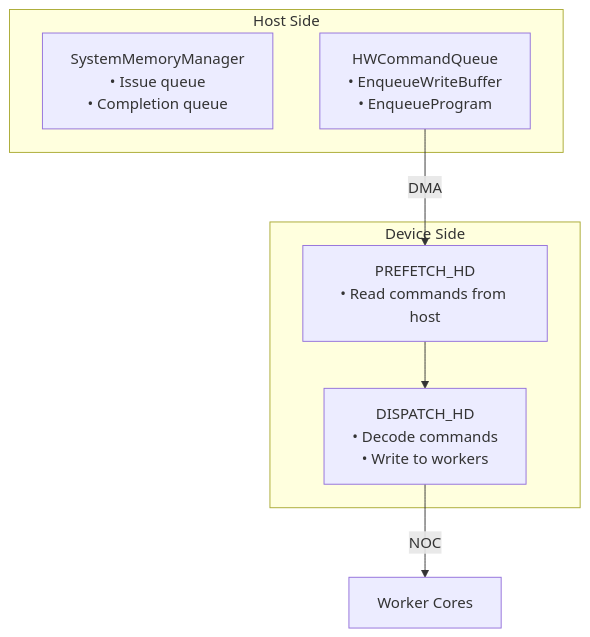
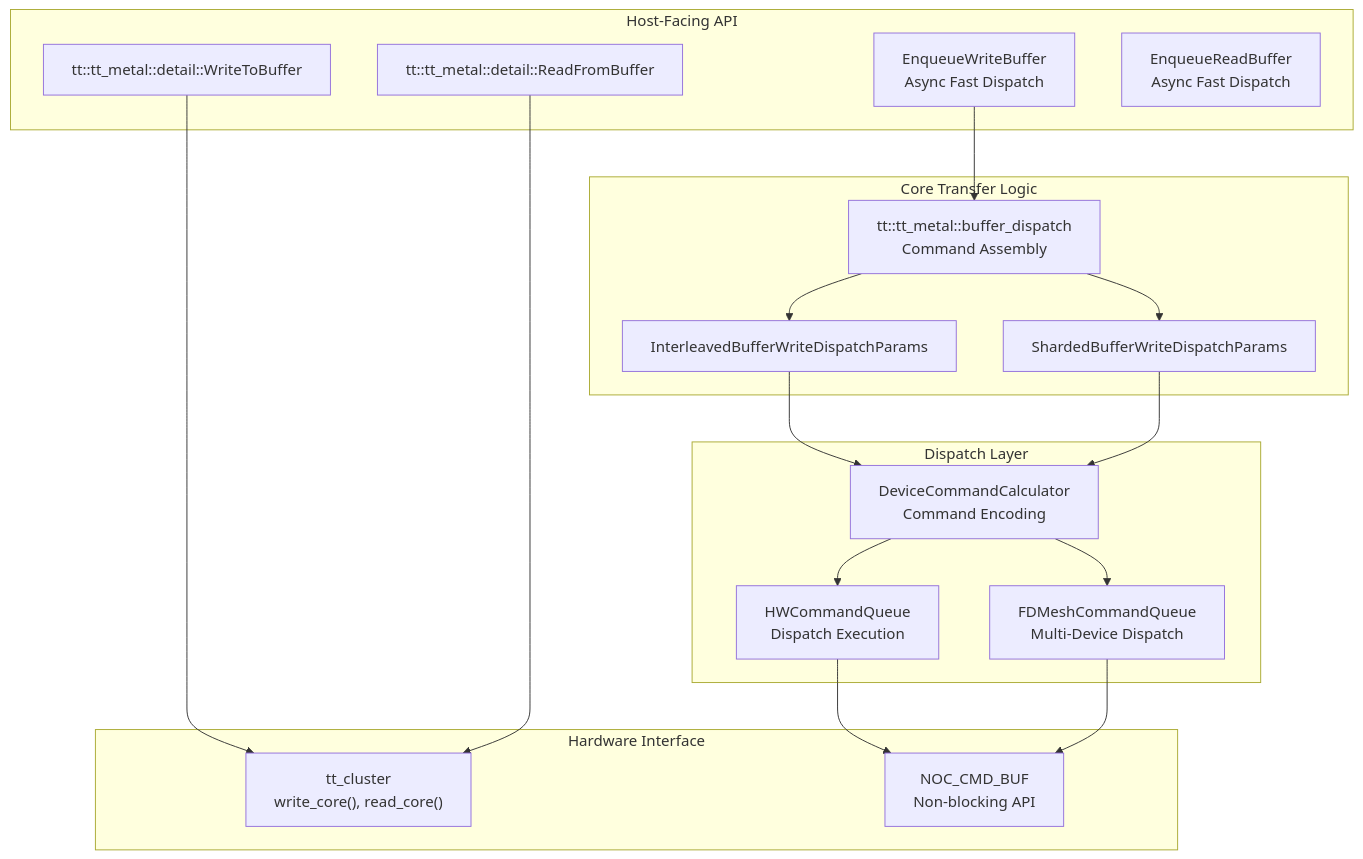
Before and after one commit to HuangJunjie-PhD/TT-Metal-Analysis: the third of 3 diagrams in docs/tt-metal/2-core-runtime-system-(tt-metalium).md, drawn with Mermaid. The commit also changed other lines of this file and 48 other files, not shown here.

First line of the commit message:
Complete diagram embedding: 100% coverage across all 54 files

````diff
--- a/docs/tt-metal/2-core-runtime-system-(tt-metalium).md
+++ b/docs/tt-metal/2-core-runtime-system-(tt-metalium).md
@@ -211,16 +252,39 @@
 ```mermaid
 graph TB
-    subgraph "Host Side"
-        SysMem["SystemMemoryManager<br/>• Issue queue<br/>• Completion queue"]
-        HWCmdQ["HWCommandQueue<br/>• EnqueueWriteBuffer<br/>• EnqueueProgram"]
+    subgraph "Host-Facing API"
+        WriteToBuffer["tt::tt_metal::detail::WriteToBuffer"]
+        ReadFromBuffer["tt::tt_metal::detail::ReadFromBuffer"]
+        EnqueueWrite["EnqueueWriteBuffer<br/>Async Fast Dispatch"]
+        EnqueueRead["EnqueueReadBuffer<br/>Async Fast Dispatch"]
     end
     
-    subgraph "Device Side"
-        Prefetch["PREFETCH_HD<br/>• Read commands from host"]
-        Dispatch["DISPATCH_HD<br/>• Decode commands<br/>• Write to workers"]
+    subgraph "Core Transfer Logic"
+        BufferDispatch["tt::tt_metal::buffer_dispatch<br/>Command Assembly"]
+        InterleavedParams["InterleavedBufferWriteDispatchParams"]
+        ShardedParams["ShardedBufferWriteDispatchParams"]
     end
     
-    HWCmdQ -->|"DMA"| Prefetch
-    Prefetch --> Dispatch
-    Dispatch -->|"NOC"| Workers["Worker Cores"]
+    subgraph "Dispatch Layer"
+        DeviceCommand["DeviceCommandCalculator<br/>Command Encoding"]
+        HWCmdQueue["HWCommandQueue<br/>Dispatch Execution"]
+        MeshCQ["FDMeshCommandQueue<br/>Multi-Device Dispatch"]
+    end
+    
+    subgraph "Hardware Interface"
+        ClusterAPI["tt_cluster<br/>write_core(), read_core()"]
+        NOC["NOC_CMD_BUF<br/>Non-blocking API"]
+    end
+    
+    EnqueueWrite --> BufferDispatch
+    BufferDispatch --> InterleavedParams
+    BufferDispatch --> ShardedParams
+    InterleavedParams --> DeviceCommand
+    ShardedParams --> DeviceCommand
+    DeviceCommand --> HWCmdQueue
+    DeviceCommand --> MeshCQ
+    
+    WriteToBuffer --> ClusterAPI
+    ReadFromBuffer --> ClusterAPI
+    HWCmdQueue --> NOC
+    MeshCQ --> NOC
 ```
````
